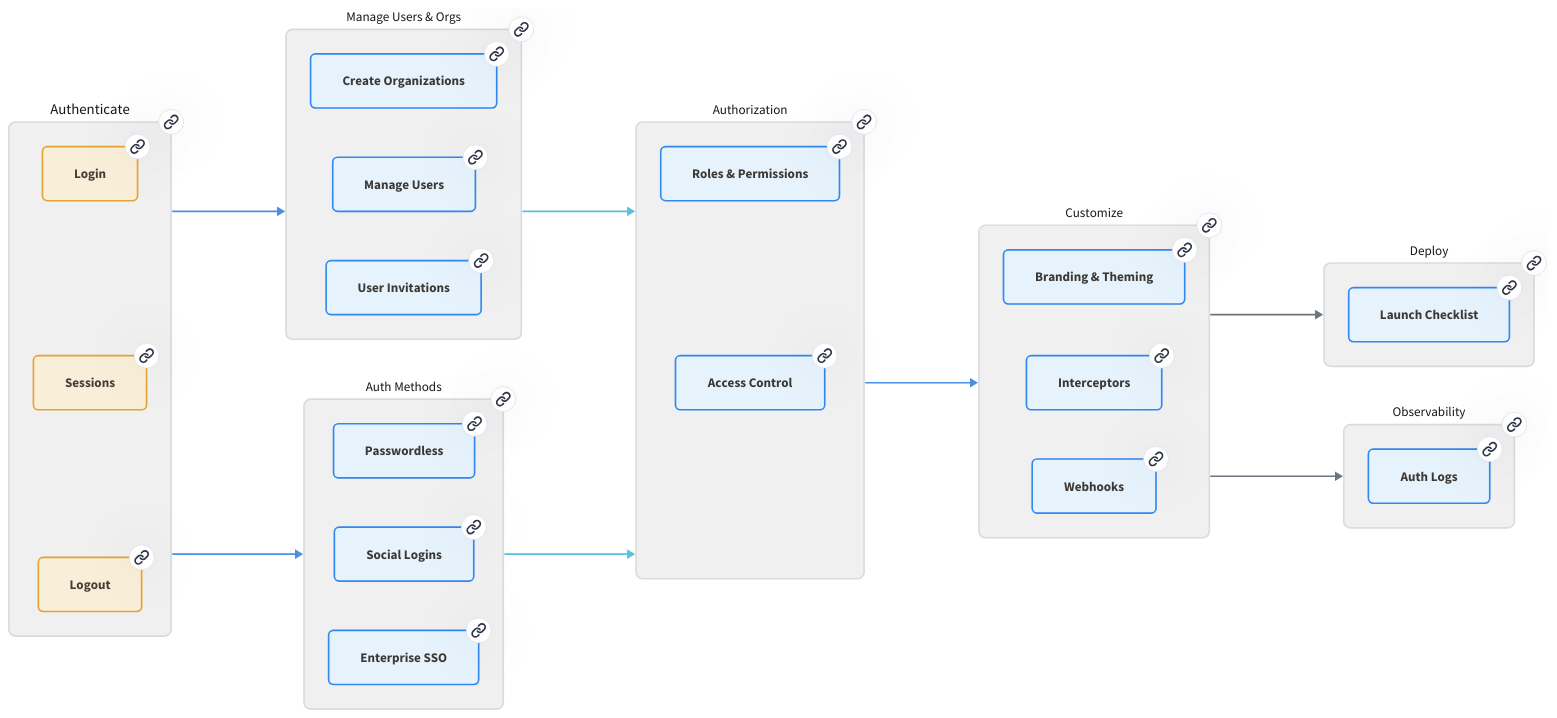
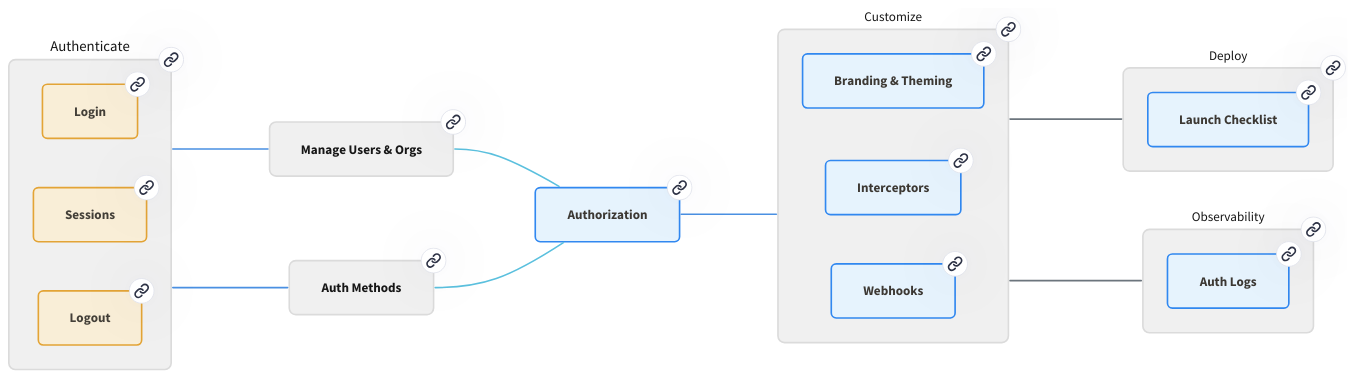
Before and after one commit to scalekit-inc/developer-docs: the diagram in src/content/docs/index.mdx, drawn with D2. The commit also changed 1 other file, not shown here.

Commit message:
fix: update SVG and documentation structure for improved clarity and organization
- Replaced the existing SVG with a new version that includes updated dimensions and styles for better visual representation.
- Removed outdated links and sections from the documentation to streamline content and enhance user navigation.
- Updated connection styles in the documentation to use a consistent format, improving readability and understanding of the relationships between components.

This update aims to enhance the clarity and usability of the Scalekit documentation for developers.

```diff
--- a/src/content/docs/index.mdx
+++ b/src/content/docs/index.mdx
@@ -119,21 +119,6 @@
   style.font-size: 16
 }
 
-AuthMethods.Passwordless {
-  class: neutral
-  link: "/authenticate/auth-methods/passwordless"
-}
-
-AuthMethods."Social Logins" {
-  class: neutral
-  link: "/social-logins/quickstart"
-}
-
-AuthMethods."Enterprise SSO" {
-  class: neutral
-  link: "/authenticate/auth-methods/enterprise-sso"
-}
-
 # User & org management
 UserMgmt: "Manage Users & Orgs" {
   class: primary
@@ -141,20 +126,6 @@
   style.font-size: 16
 }
 
-UserMgmt."Create Organizations" {
-  class: neutral
-  link: "/fsa/guides/create-organization"
-}
-
-UserMgmt."Manage Users" {
-  class: neutral
-  link: "/fsa/guides/manage-users"
-}
-
-UserMgmt."User Invitations" {
-  class: neutral
-  link: "/fsa/guides/user-invitations"
-}
 
 # Authorization
 Authorization {
@@ -163,15 +134,11 @@
   style.font-size: 16
 }
 
-Authorization."Roles & Permissions" {
+Authorization {
   class: neutral
-  link: "/fsa/guides/app-roles"
+  link: "/authenticate/authz/overview/"
 }
 
-Authorization."Access Control" {
-  class: neutral
-  link: "/authenticate/authz/implement-access-control"
-}
 
 # Customization
 Customize {
@@ -219,31 +186,31 @@
 }
 
 # Flow connections with styling
-Authenticate -> AuthMethods: {
+Authenticate -- AuthMethods: {
   style.stroke: "#4A90E2"
   style.stroke-width: 2
 }
-Authenticate -> UserMgmt: {
+Authenticate -- UserMgmt: {
   style.stroke: "#4A90E2"
   style.stroke-width: 2
 }
-UserMgmt -> Authorization: {
+UserMgmt -- Authorization: {
   style.stroke: "#5BC0DE"
   style.stroke-width: 2
 }
-AuthMethods -> Authorization: {
+AuthMethods -- Authorization: {
   style.stroke: "#5BC0DE"
   style.stroke-width: 2
 }
-Authorization -> Customize: {
+Authorization -- Customize: {
   style.stroke: "#4A90E2"
   style.stroke-width: 2
 }
-Customize -> Deploy: {
+Customize -- Deploy: {
   style.stroke: "#6C757D"
   style.stroke-width: 2
 }
-Customize -> Observability: {
+Customize -- Observability: {
   style.stroke: "#6C757D"
   style.stroke-width: 2
 }
```
